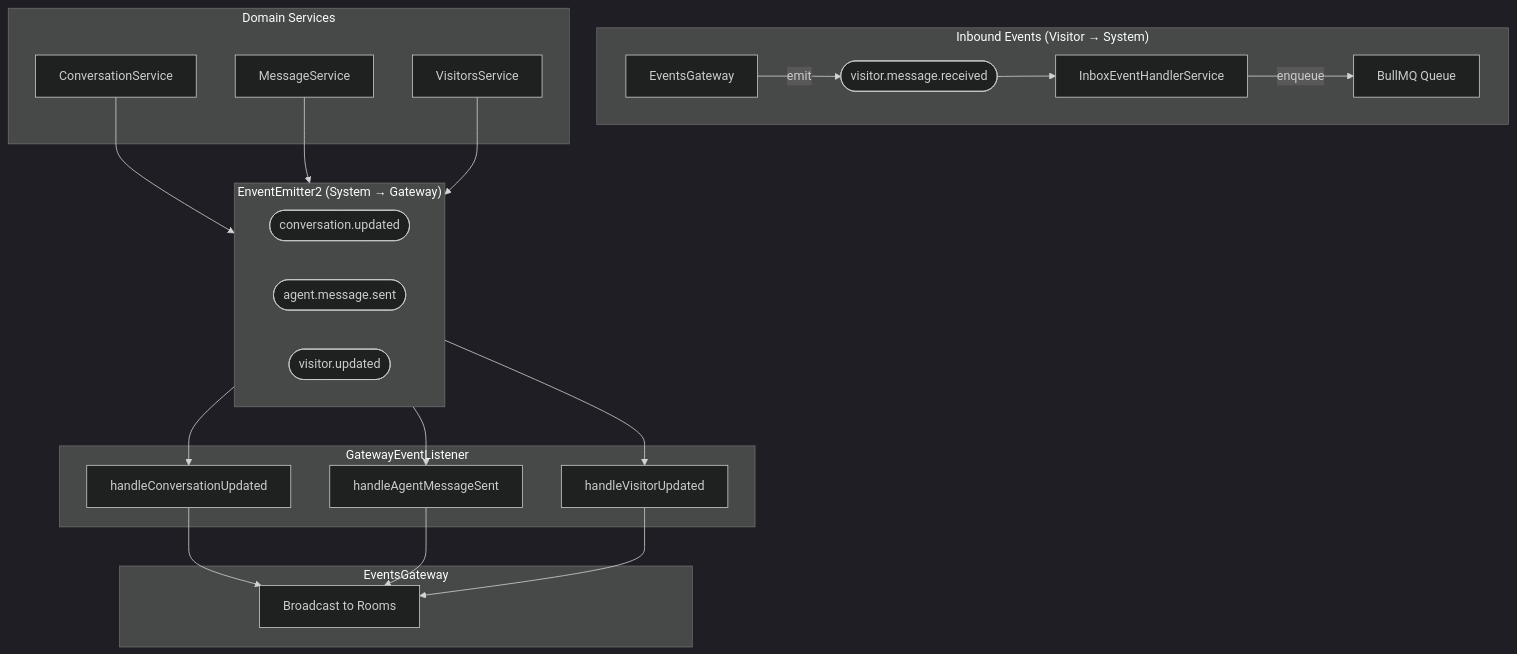
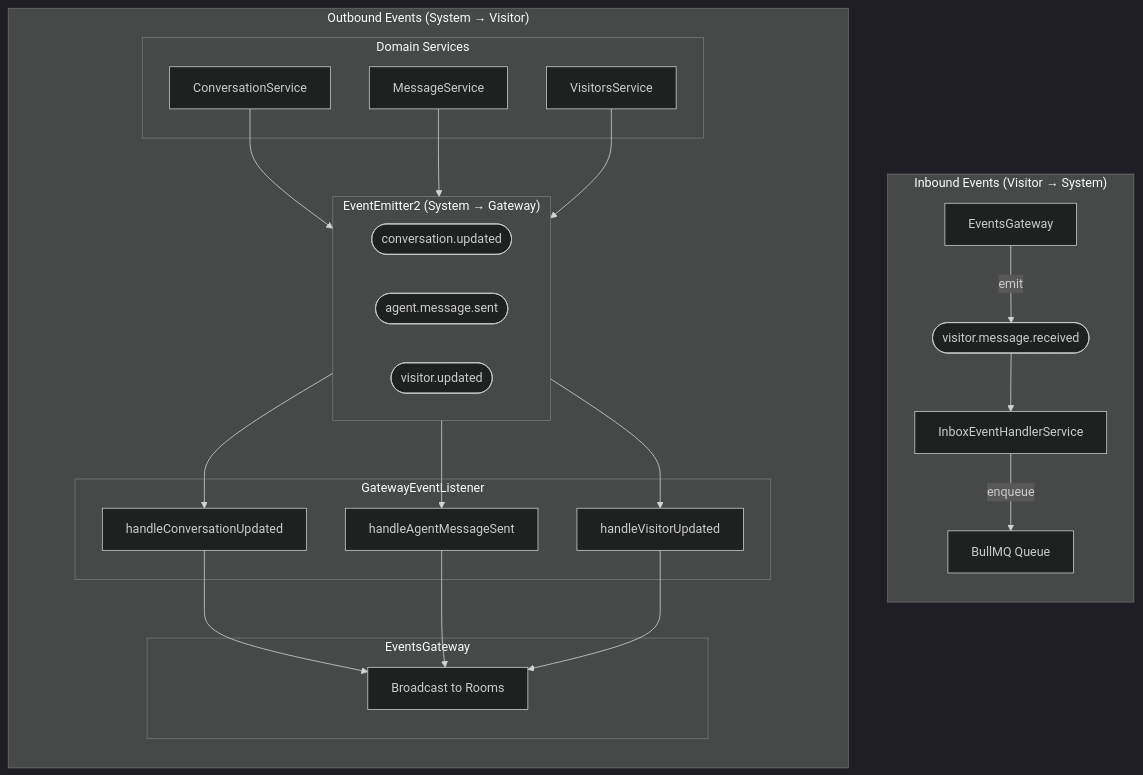
The sixth of 8 diagrams in presentation/pages/hung.md (doananhhung/livechat), drawn with Mermaid (dark theme) before and after one commit. The commit also changed other lines of this file and 7 other files, not shown here.

````diff
--- a/presentation/pages/hung.md
+++ b/presentation/pages/hung.md
@@ -510,49 +510,52 @@
 ```mermaid
 flowchart TB
     subgraph Inbound["Inbound Events (Visitor → System)"]
-        direction LR
+        direction TB
         GW_IN["EventsGateway"]
         E_IN(["visitor.message.received"])
         IEH["InboxEventHandlerService"]
         BQ["BullMQ Queue"]
     end
+    subgraph OutboundFlow["Outbound Events (System → Visitor)"]
+        direction TB
+        
+        subgraph Backend["Domain Services"]
+            CS["ConversationService"]
+            MS["MessageService"]
+            VS["VisitorsService"]
+        end
 
-    subgraph Backend["Domain Services"]
-        CS["ConversationService"]
-        MS["MessageService"]
-        VS["VisitorsService"]
-    end
+        subgraph Events["EventEmitter2 (System → Gateway)"]
+            direction LR
+            E1(["conversation.updated"])
+            E2(["agent.message.sent"])
+            E3(["visitor.updated"])
+        end
 
-    subgraph Outbound[" EnventEmitter2 (System → Gateway)"]
-        direction LR
-        E1(["conversation.updated"])
-        E2(["agent.message.sent"])
-        E3(["visitor.updated"])
-    end
+        subgraph Listener["GatewayEventListener"]
+            H1["handleConversationUpdated"]
+            H2["handleAgentMessageSent"]
+            H3["handleVisitorUpdated"]
+        end
 
-    subgraph Listener["GatewayEventListener"]
-        H1["handleConversationUpdated"]
-        H2["handleAgentMessageSent"]
-        H3["handleVisitorUpdated"]
-    end
-
-    subgraph Gateway["EventsGateway"]
-        Emit["Broadcast to Rooms"]
+        subgraph Gateway["EventsGateway"]
+            Emit["Broadcast to Rooms"]
+        end
     end
 
     %% Inbound Flow
     GW_IN -->|"emit"| E_IN
     E_IN --> IEH
     IEH -->|"enqueue"| BQ
 
     %% Outbound Flow
     CS --> E1
     MS --> E2
     VS --> E3
     E1 --> H1
     E2 --> H2
     E3 --> H3
     H1 --> Emit
     H2 --> Emit
     H3 --> Emit
 ```
````
